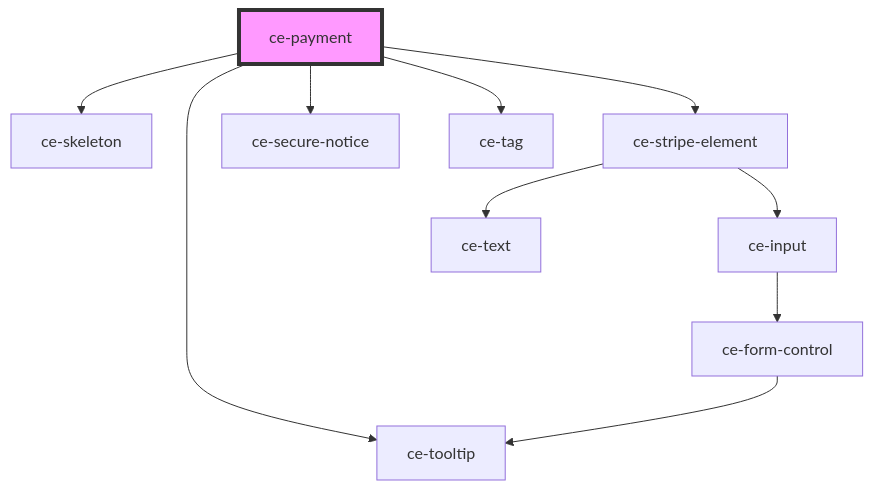
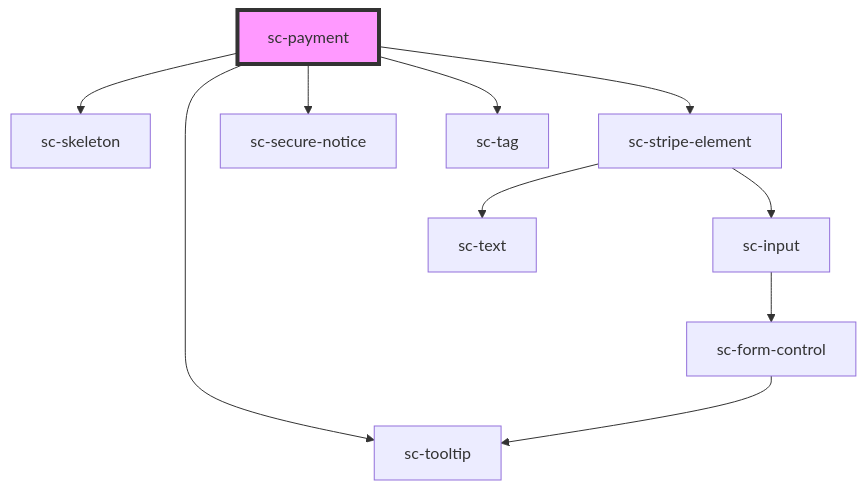
The diagram in packages/components/src/components/controllers/checkout-form/payment/readme.md (surecart/surecart-wp-plugin), drawn with Mermaid before and after one commit. The commit also changed other lines of this file and 1281 other files, not shown here.

````diff
--- a/packages/components/src/components/controllers/checkout-form/payment/readme.md
+++ b/packages/components/src/components/controllers/checkout-form/payment/readme.md
@@ -32,13 +32,13 @@
 ```mermaid
 graph TD;
-  ce-payment --> ce-skeleton
-  ce-payment --> ce-stripe-element
-  ce-payment --> ce-secure-notice
-  ce-payment --> ce-tooltip
-  ce-payment --> ce-tag
-  ce-stripe-element --> ce-input
-  ce-stripe-element --> ce-text
-  ce-input --> ce-form-control
-  ce-form-control --> ce-tooltip
-  style ce-payment fill:#f9f,stroke:#333,stroke-width:4px
+  sc-payment --> sc-skeleton
+  sc-payment --> sc-stripe-element
+  sc-payment --> sc-secure-notice
+  sc-payment --> sc-tooltip
+  sc-payment --> sc-tag
+  sc-stripe-element --> sc-input
+  sc-stripe-element --> sc-text
+  sc-input --> sc-form-control
+  sc-form-control --> sc-tooltip
+  style sc-payment fill:#f9f,stroke:#333,stroke-width:4px
 ```
````
